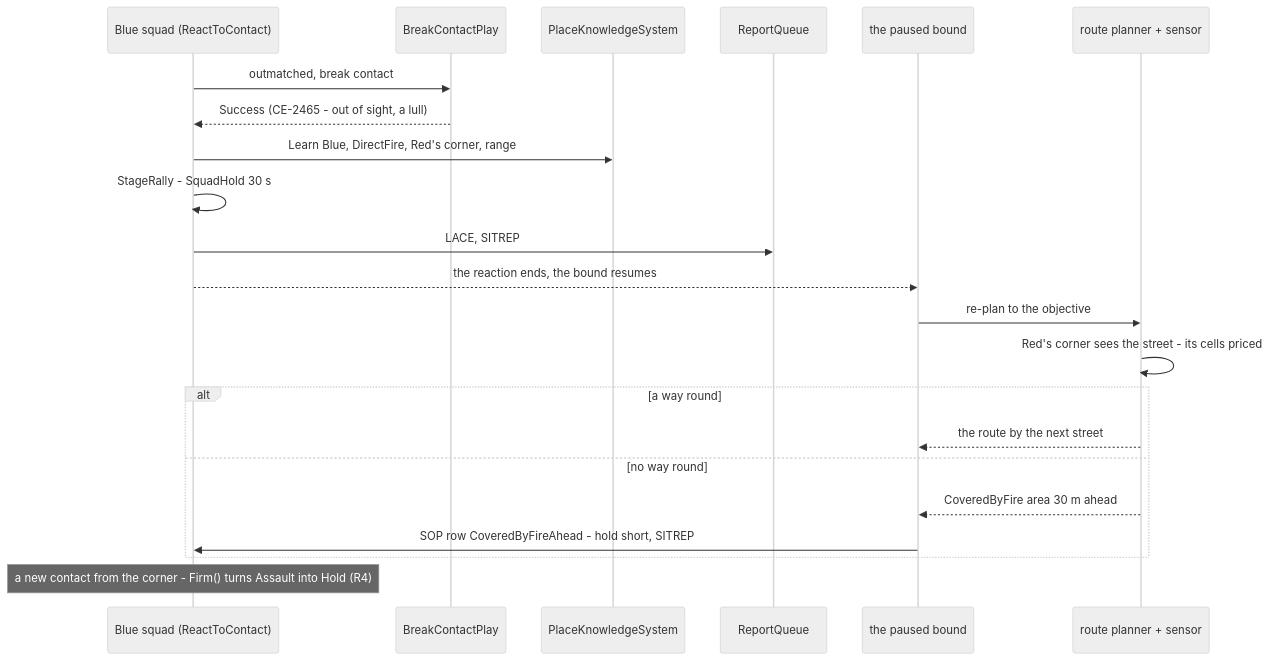
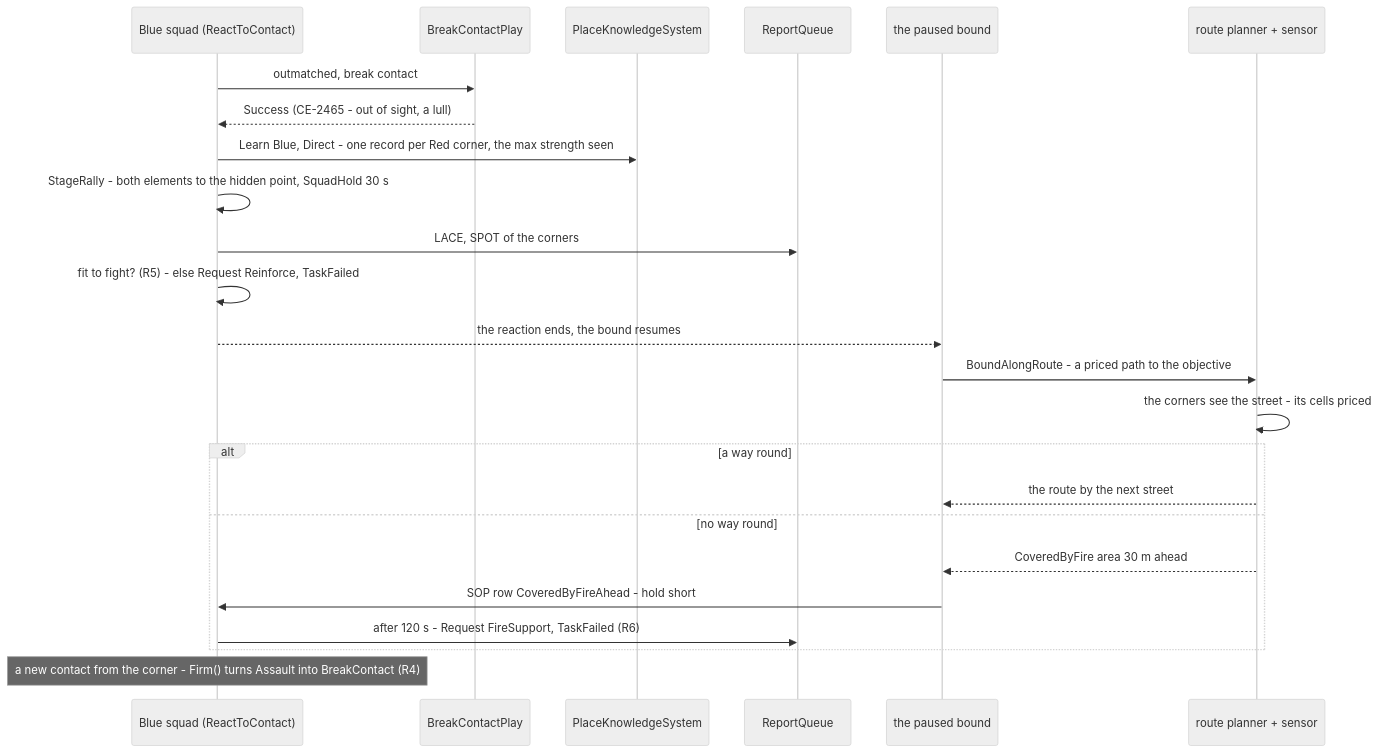
Diagram 34 of 44 in docs/designs/group-maneuvers/DESIGN_Squad_Tactics.md (pjanec/HROT), drawn with Mermaid (neutral theme) before and after one commit. The commit also changed other lines of this file and 2 other files, not shown here.

````diff
--- a/docs/designs/group-maneuvers/DESIGN_Squad_Tactics.md
+++ b/docs/designs/group-maneuvers/DESIGN_Squad_Tactics.md
@@ -1752,24 +1758,26 @@
 ```mermaid
 sequenceDiagram
   participant S as Blue squad (ReactToContact)
   participant B as BreakContactPlay
   participant K as PlaceKnowledgeSystem
   participant Q as ReportQueue
   participant T as the paused bound
   participant N as route planner + sensor
   S->>B: outmatched, break contact
   B-->>S: Success (CE-2465 - out of sight, a lull)
-  S->>K: Learn Blue, DirectFire, Red's corner, range
-  S->>S: StageRally - SquadHold 30 s
-  S->>Q: LACE, SITREP
+  S->>K: Learn Blue, Direct - one record per Red corner, the max strength seen
+  S->>S: StageRally - both elements to the hidden point, SquadHold 30 s
+  S->>Q: LACE, SPOT of the corners
+  S->>S: fit to fight? (R5) - else Request Reinforce, TaskFailed
   S-->>T: the reaction ends, the bound resumes
-  T->>N: re-plan to the objective
-  N->>N: Red's corner sees the street - its cells priced
+  T->>N: BoundAlongRoute - a priced path to the objective
+  N->>N: the corners see the street - its cells priced
   alt a way round
     N-->>T: the route by the next street
   else no way round
     N-->>T: CoveredByFire area 30 m ahead
-    T->>S: SOP row CoveredByFireAhead - hold short, SITREP
+    T->>S: SOP row CoveredByFireAhead - hold short
+    S->>Q: after 120 s - Request FireSupport, TaskFailed (R6)
   end
-  Note over S: a new contact from the corner - Firm() turns Assault into Hold (R4)
+  Note over S: a new contact from the corner - Firm() turns Assault into BreakContact (R4)
 ```
````
